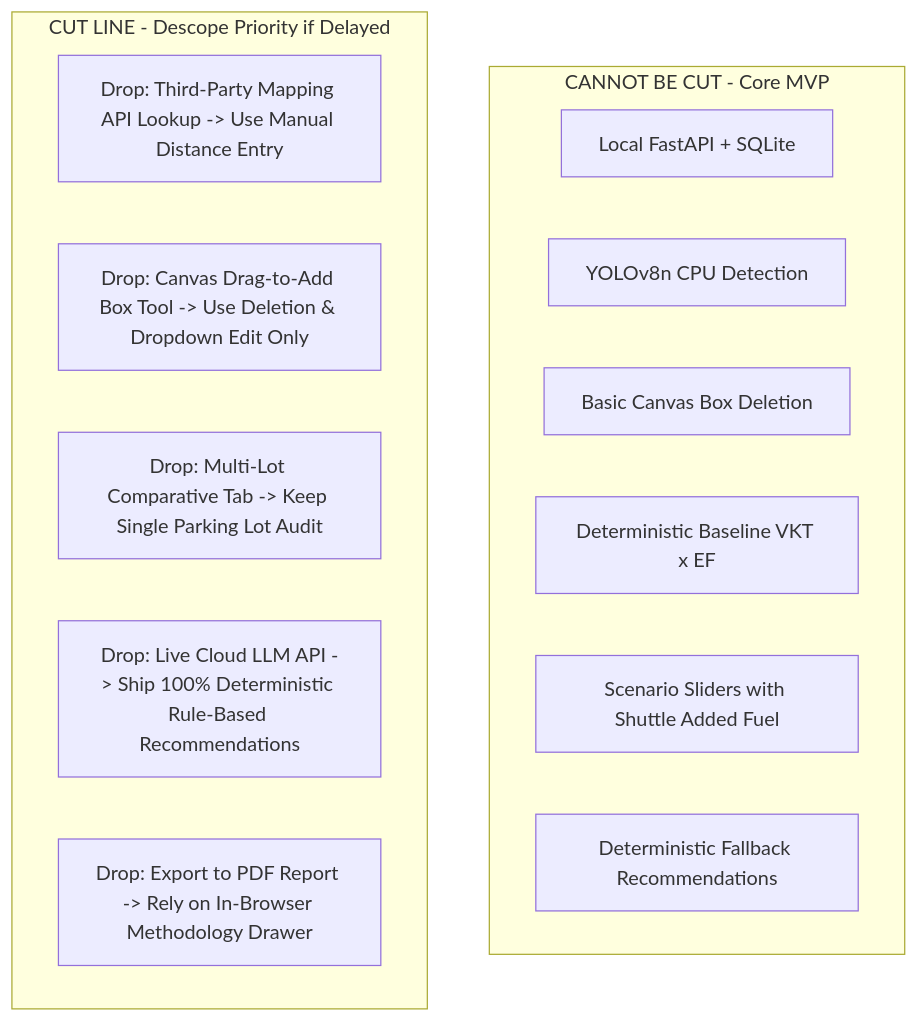
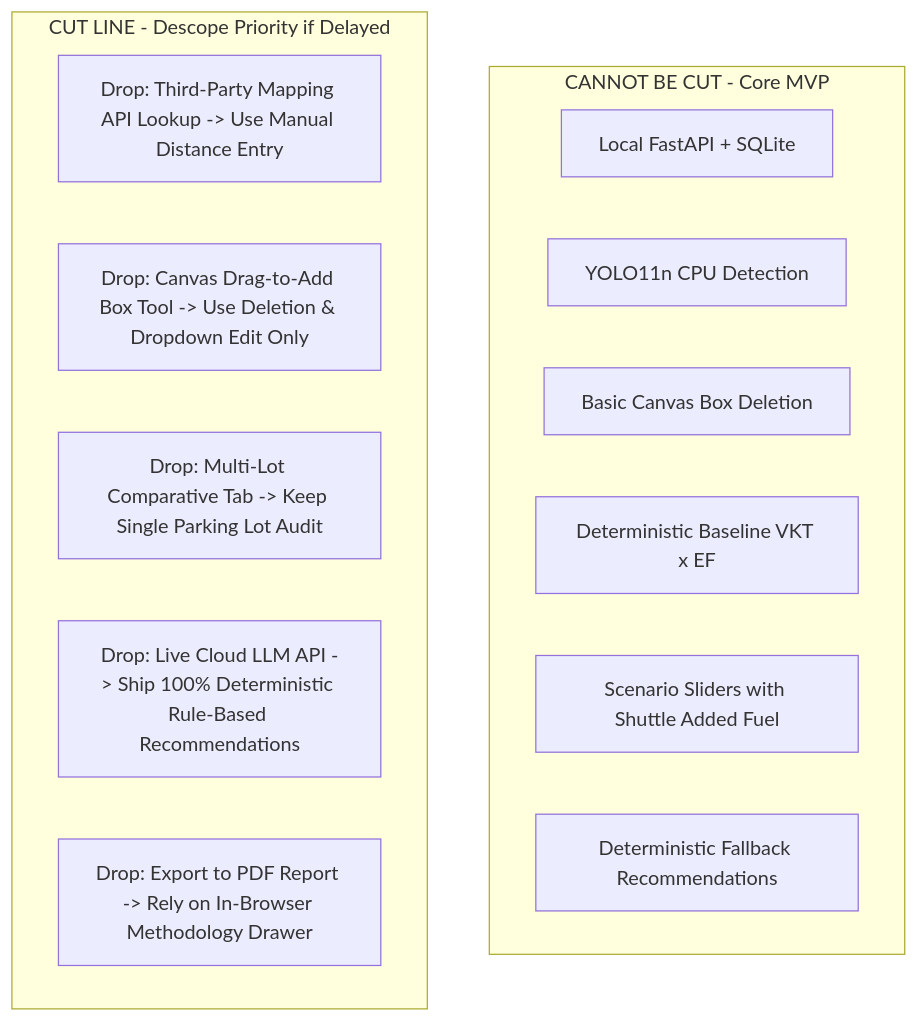
One commit to ManojR-cs/CarboSync changed the second of 2 diagrams in TraceTwin_Documentation/EXECUTION_PLAN.md. Above: the diagram before and after it, drawn with Mermaid. The commit also changed other lines of this file and 10 other files, not shown here.

````diff
--- a/TraceTwin_Documentation/EXECUTION_PLAN.md
+++ b/TraceTwin_Documentation/EXECUTION_PLAN.md
@@ -139,19 +139,19 @@
 ```mermaid
 graph TD
     subgraph MustKeep [CANNOT BE CUT - Core MVP]
         K1[Local FastAPI + SQLite]
-        K2[YOLOv8n CPU Detection]
+        K2[YOLO11n CPU Detection]
         K3[Basic Canvas Box Deletion]
         K4[Deterministic Baseline VKT x EF]
         K5[Scenario Sliders with Shuttle Added Fuel]
         K6[Deterministic Fallback Recommendations]
     end
 
     subgraph CutLine [CUT LINE - Descope Priority if Delayed]
         C1[Drop: Third-Party Mapping API Lookup -> Use Manual Distance Entry]
         C2[Drop: Canvas Drag-to-Add Box Tool -> Use Deletion & Dropdown Edit Only]
         C3[Drop: Multi-Lot Comparative Tab -> Keep Single Parking Lot Audit]
         C4[Drop: Live Cloud LLM API -> Ship 100% Deterministic Rule-Based Recommendations]
         C5[Drop: Export to PDF Report -> Rely on In-Browser Methodology Drawer]
     end
 ```
````
